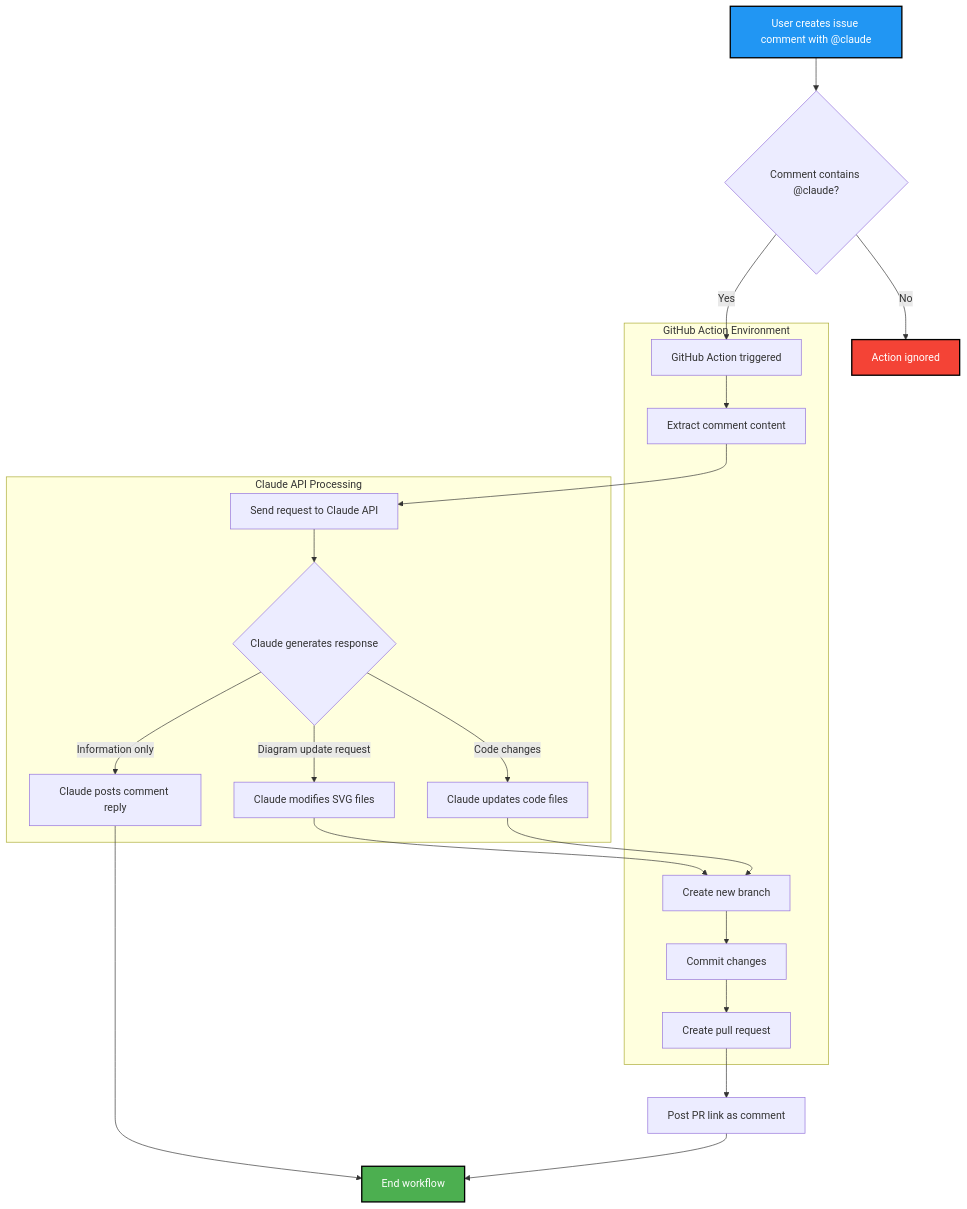
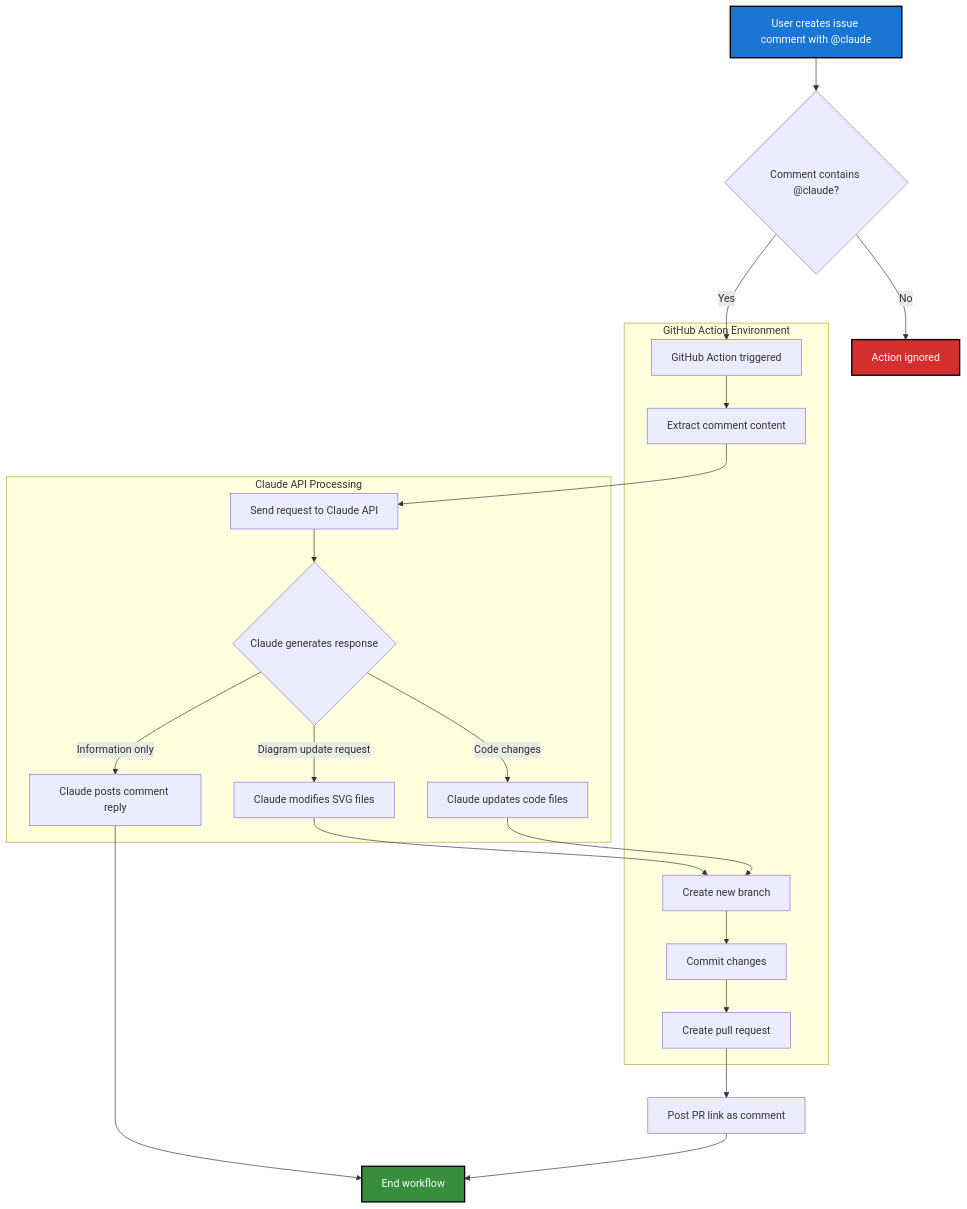
The diagram in content/diagrams/flowcharts/claude-github-action/index.md (rajsinghtech/claude-diagrams), drawn with Mermaid before and after one commit. The commit also changed 5 other files, not shown here.

First line of the commit message:
Enhance SVG diagram standards and validation processes

````diff
--- a/content/diagrams/flowcharts/claude-github-action/index.md
+++ b/content/diagrams/flowcharts/claude-github-action/index.md
@@ -11,43 +11,43 @@
 ```mermaid
 flowchart TD
     A[User creates issue comment with @claude] --> B{Comment contains @claude?}
     B -->|No| C[Action ignored]
     B -->|Yes| D[GitHub Action triggered]
     
     D --> E[Extract comment content]
     E --> F[Send request to Claude API]
     
     F --> G{Claude generates response}
     G -->|Diagram update request| H[Claude modifies SVG files]
     G -->|Code changes| I[Claude updates code files]
     G -->|Information only| J[Claude posts comment reply]
     
     H --> K[Create new branch]
     I --> K
     K --> L[Commit changes]
     L --> M[Create pull request]
     
     M --> N[Post PR link as comment]
     J --> O[End workflow]
     N --> O
     
     subgraph "GitHub Action Environment"
         D
         E
         K
         L
         M
     end
     
     subgraph "Claude API Processing"
         F
         G
         H
         I
         J
     end
     
-    style A fill:#2196f3,stroke:#000,stroke-width:2px,color:#fff
-    style O fill:#4caf50,stroke:#000,stroke-width:2px,color:#fff
-    style C fill:#f44336,stroke:#000,stroke-width:2px,color:#fff
+    style A fill:#1976d2,stroke:#000,stroke-width:2px,color:#fff
+    style O fill:#388e3c,stroke:#000,stroke-width:2px,color:#fff
+    style C fill:#d32f2f,stroke:#000,stroke-width:2px,color:#fff
 ```
````
